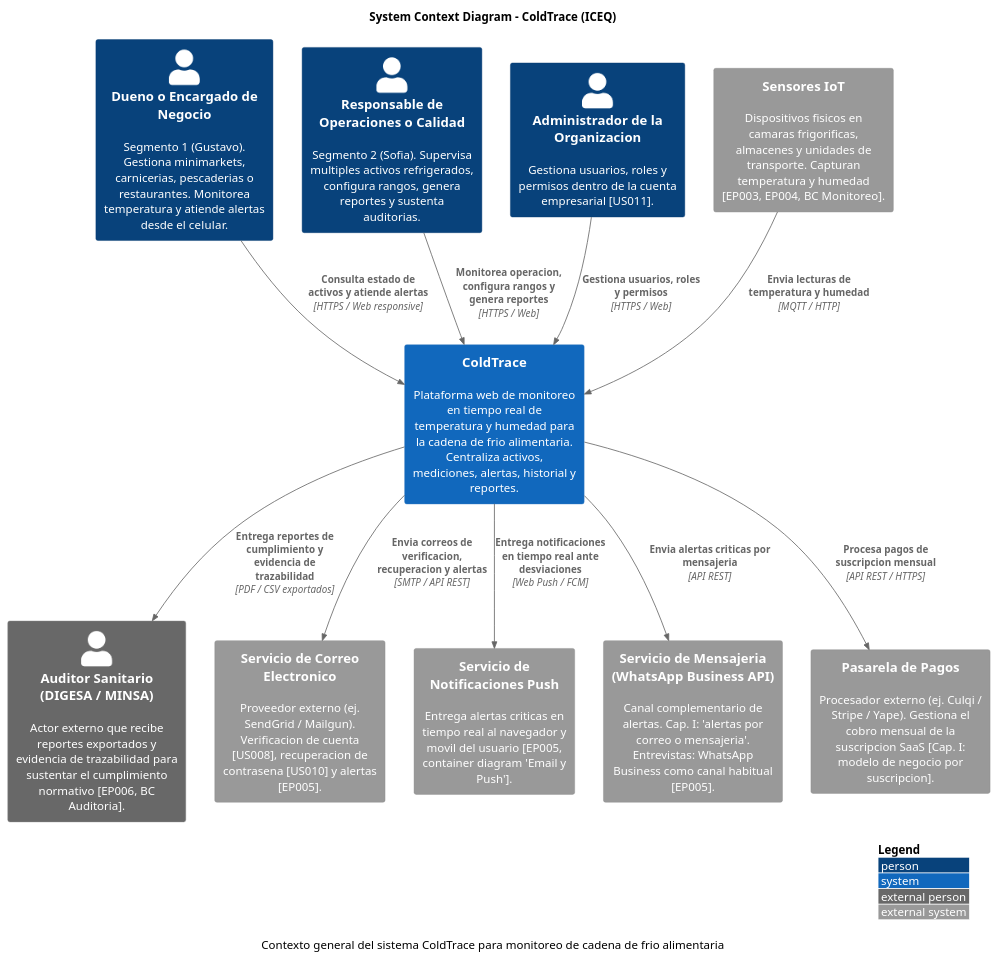
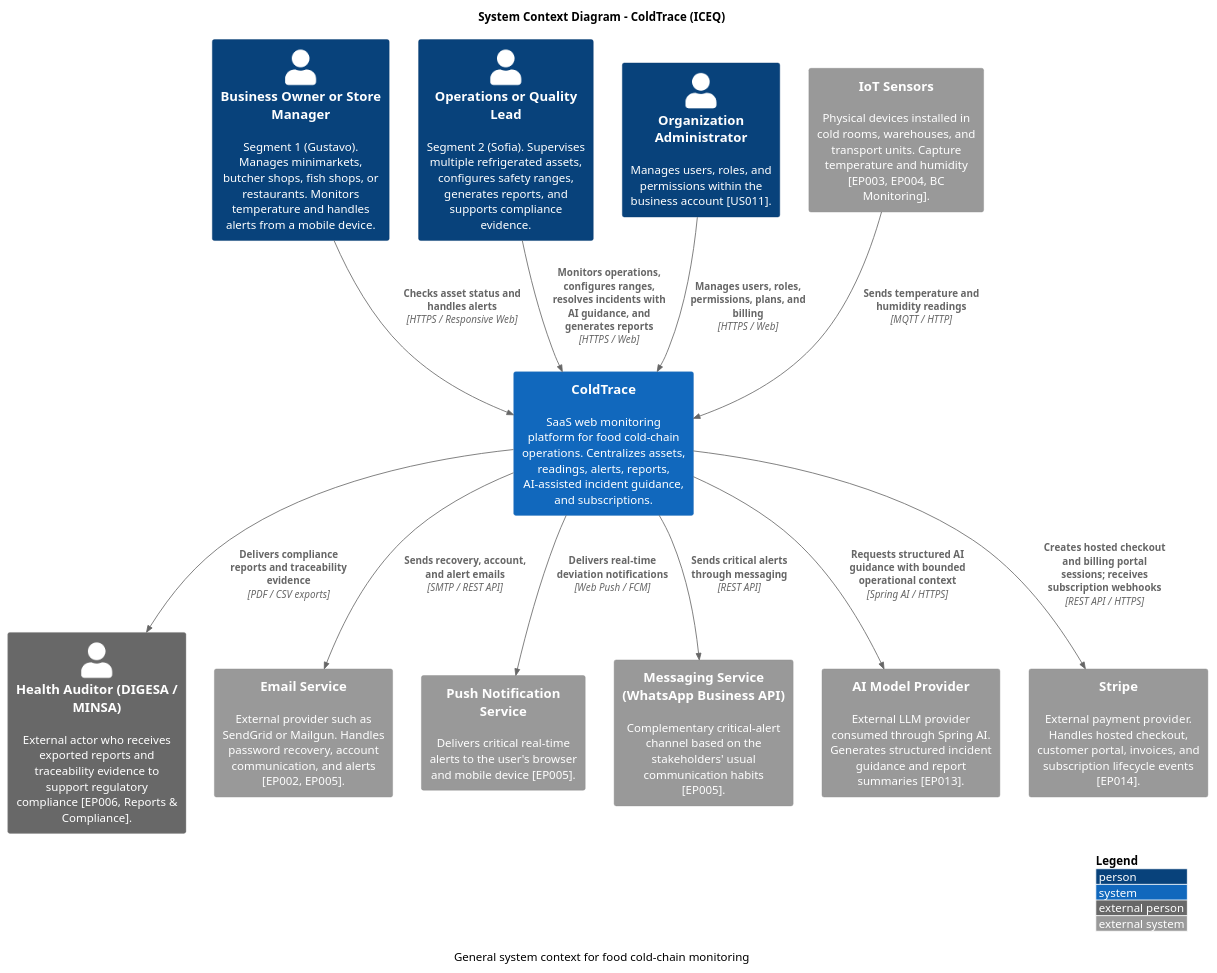
One commit to ICEQ2026/informe-del-proyecto changed the diagram in report/assets/chapter-04/contextdiagram/contextdiagram.puml. Above: the diagram before and after it, drawn with PlantUML. The commit also changed 31 other files, not shown here.

Commit message:
docs: update sprint 4 ai and billing architecture

```diff
--- a/report/assets/chapter-04/contextdiagram/contextdiagram.puml
+++ b/report/assets/chapter-04/contextdiagram/contextdiagram.puml
@@ -1,55 +1,51 @@
-@startuml ColdTrace-Context-Diagram
+@startuml
 !include https://raw.githubusercontent.com/plantuml-stdlib/C4-PlantUML/master/C4_Context.puml
 
 title System Context Diagram - ColdTrace (ICEQ)
-caption Contexto general del sistema ColdTrace para monitoreo de cadena de frio alimentaria
+caption General system context for food cold-chain monitoring
 
 LAYOUT_WITH_LEGEND()
 LAYOUT_TOP_DOWN()
 
-' Actores principales del sistema
-' Alineados con los segmentos objetivo y con los contextos principales del dominio.
-Person(duenio, "Dueno o Encargado de Negocio", "Segmento 1 (Gustavo). Gestiona minimarkets, carnicerias, pescaderias o restaurantes. Monitorea temperatura y atiende alertas desde el celular.")
+' Main actors
+Person(owner, "Business Owner or Store Manager", "Segment 1 (Gustavo). Manages minimarkets, butcher shops, fish shops, or restaurants. Monitors temperature and handles alerts from a mobile device.")
 
-Person(responsable, "Responsable de Operaciones o Calidad", "Segmento 2 (Sofia). Supervisa multiples activos refrigerados, configura rangos, genera reportes y sustenta auditorias.")
+Person(operations_lead, "Operations or Quality Lead", "Segment 2 (Sofia). Supervises multiple refrigerated assets, configures safety ranges, generates reports, and supports compliance evidence.")
 
-Person(admin, "Administrador de la Organizacion", "Gestiona usuarios, roles y permisos dentro de la cuenta empresarial [US011].")
+Person(admin, "Organization Administrator", "Manages users, roles, and permissions within the business account [US011].")
 
-Person_Ext(auditor, "Auditor Sanitario (DIGESA / MINSA)", "Actor externo que recibe reportes exportados y evidencia de trazabilidad para sustentar el cumplimiento normativo [EP006, BC Auditoria].")
+Person_Ext(auditor, "Health Auditor (DIGESA / MINSA)", "External actor who receives exported reports and traceability evidence to support regulatory compliance [EP006, Reports & Compliance].")
 
-' Sistema principal
-System(coldtrace, "ColdTrace", "Plataforma web de monitoreo en tiempo real de temperatura y humedad para la cadena de frio alimentaria. Centraliza activos, mediciones, alertas, historial y reportes.")
+' Main system
+System(coldtrace, "ColdTrace", "SaaS web monitoring platform for food cold-chain operations. Centralizes assets, readings, alerts, reports, AI-assisted incident guidance, and subscriptions.")
 
-' Servicios y sistemas externos
-System_Ext(sensores, "Sensores IoT", "Dispositivos fisicos en camaras frigorificas, almacenes y unidades de transporte. Capturan temperatura y humedad [EP003, EP004, BC Monitoreo].")
+' External systems
+System_Ext(sensors, "IoT Sensors", "Physical devices installed in cold rooms, warehouses, and transport units. Capture temperature and humidity [EP003, EP004, BC Monitoring].")
 
-System_Ext(email, "Servicio de Correo Electronico", "Proveedor externo (ej. SendGrid / Mailgun). Verificacion de cuenta [US008], recuperacion de contrasena [US010] y alertas [EP005].")
+System_Ext(email, "Email Service", "External provider such as SendGrid or Mailgun. Handles password recovery, account communication, and alerts [EP002, EP005].")
 
-System_Ext(push, "Servicio de Notificaciones Push", "Entrega alertas criticas en tiempo real al navegador y movil del usuario [EP005, container diagram 'Email y Push'].")
+System_Ext(push, "Push Notification Service", "Delivers critical real-time alerts to the user's browser and mobile device [EP005].")
 
-System_Ext(whatsapp, "Servicio de Mensajeria (WhatsApp Business API)", "Canal complementario de alertas. Cap. I: 'alertas por correo o mensajeria'. Entrevistas: WhatsApp Business como canal habitual [EP005].")
+System_Ext(whatsapp, "Messaging Service (WhatsApp Business API)", "Complementary critical-alert channel based on the stakeholders' usual communication habits [EP005].")
 
-System_Ext(pagos, "Pasarela de Pagos", "Procesador externo (ej. Culqi / Stripe / Yape). Gestiona el cobro mensual de la suscripcion SaaS [Cap. I: modelo de negocio por suscripcion].")
+System_Ext(ai_provider, "AI Model Provider", "External LLM provider consumed through Spring AI. Generates structured incident guidance and report summaries [EP013].")
 
-' Relaciones principales
+System_Ext(stripe, "Stripe", "External payment provider. Handles hosted checkout, customer portal, invoices, and subscription lifecycle events [EP014].")
 
-' Actores internos hacia ColdTrace
-Rel(duenio, coldtrace, "Consulta estado de activos y atiende alertas", "HTTPS / Web responsive")
-Rel(responsable, coldtrace, "Monitorea operacion, configura rangos y genera reportes", "HTTPS / Web")
-Rel(admin, coldtrace, "Gestiona usuarios, roles y permisos", "HTTPS / Web")
+' Main relationships
+Rel(owner, coldtrace, "Checks asset status and handles alerts", "HTTPS / Responsive Web")
+Rel(operations_lead, coldtrace, "Monitors operations, configures ranges, resolves incidents with AI guidance, and generates reports", "HTTPS / Web")
+Rel(admin, coldtrace, "Manages users, roles, permissions, plans, and billing", "HTTPS / Web")
 
-' Entrega de información a actores externos
-Rel(coldtrace, auditor, "Entrega reportes de cumplimiento y evidencia de trazabilidad", "PDF / CSV exportados")
+Rel(coldtrace, auditor, "Delivers compliance reports and traceability evidence", "PDF / CSV exports")
 
-' Ingreso de lecturas desde sensores
-Rel(sensores, coldtrace, "Envia lecturas de temperatura y humedad", "MQTT / HTTP")
+Rel(sensors, coldtrace, "Sends temperature and humidity readings", "MQTT / HTTP")
 
-' Salida hacia servicios de notificación
-Rel(coldtrace, email, "Envia correos de verificacion, recuperacion y alertas", "SMTP / API REST")
-Rel(coldtrace, push, "Entrega notificaciones en tiempo real ante desviaciones", "Web Push / FCM")
-Rel(coldtrace, whatsapp, "Envia alertas criticas por mensajeria", "API REST")
+Rel(coldtrace, email, "Sends recovery, account, and alert emails", "SMTP / REST API")
+Rel(coldtrace, push, "Delivers real-time deviation notifications", "Web Push / FCM")
+Rel(coldtrace, whatsapp, "Sends critical alerts through messaging", "REST API")
 
-' Integración con la pasarela de pagos
-Rel(coldtrace, pagos, "Procesa pagos de suscripcion mensual", "API REST / HTTPS")
+Rel(coldtrace, ai_provider, "Requests structured AI guidance with bounded operational context", "Spring AI / HTTPS")
+Rel(coldtrace, stripe, "Creates hosted checkout and billing portal sessions; receives subscription webhooks", "REST API / HTTPS")
 
 @enduml
```
